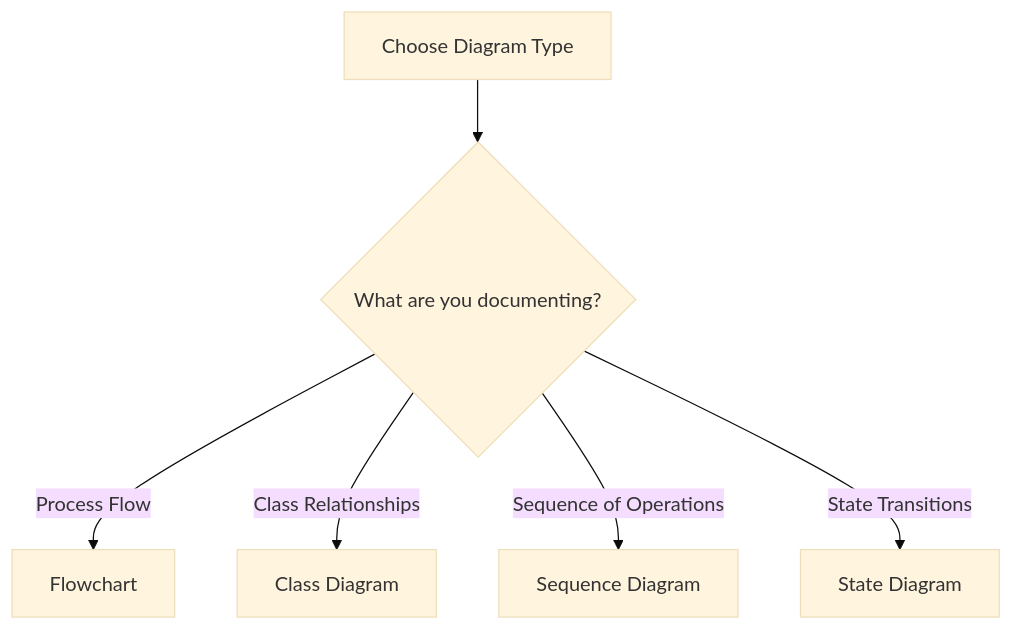
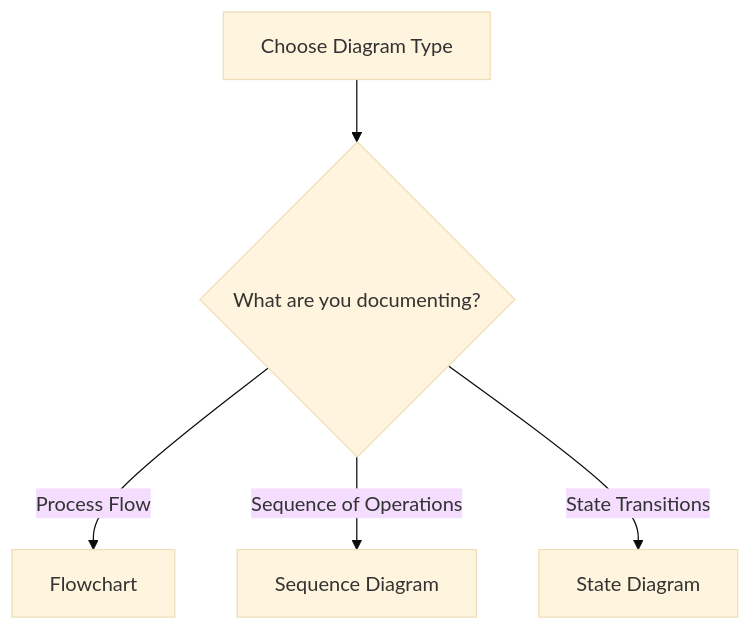
Before and after one commit to cardinalblue/android-kraft-shade: the diagram in doc_website/DOC_PLAN.md, drawn with Mermaid (base theme). The commit also changed other lines of this file and 1 other file, not shown here.

Commit message:
doc: Remove class diagrams

````diff
--- a/doc_website/DOC_PLAN.md
+++ b/doc_website/DOC_PLAN.md
@@ -160,8 +165,7 @@
     ```mermaid
     flowchart TD
       A[Choose Diagram Type] --> B{What are you documenting?}
       B -->|Process Flow| C[Flowchart]
-      B -->|Class Relationships| D[Class Diagram]
       B -->|Sequence of Operations| E[Sequence Diagram]
       B -->|State Transitions| F[State Diagram]
     ```
````
